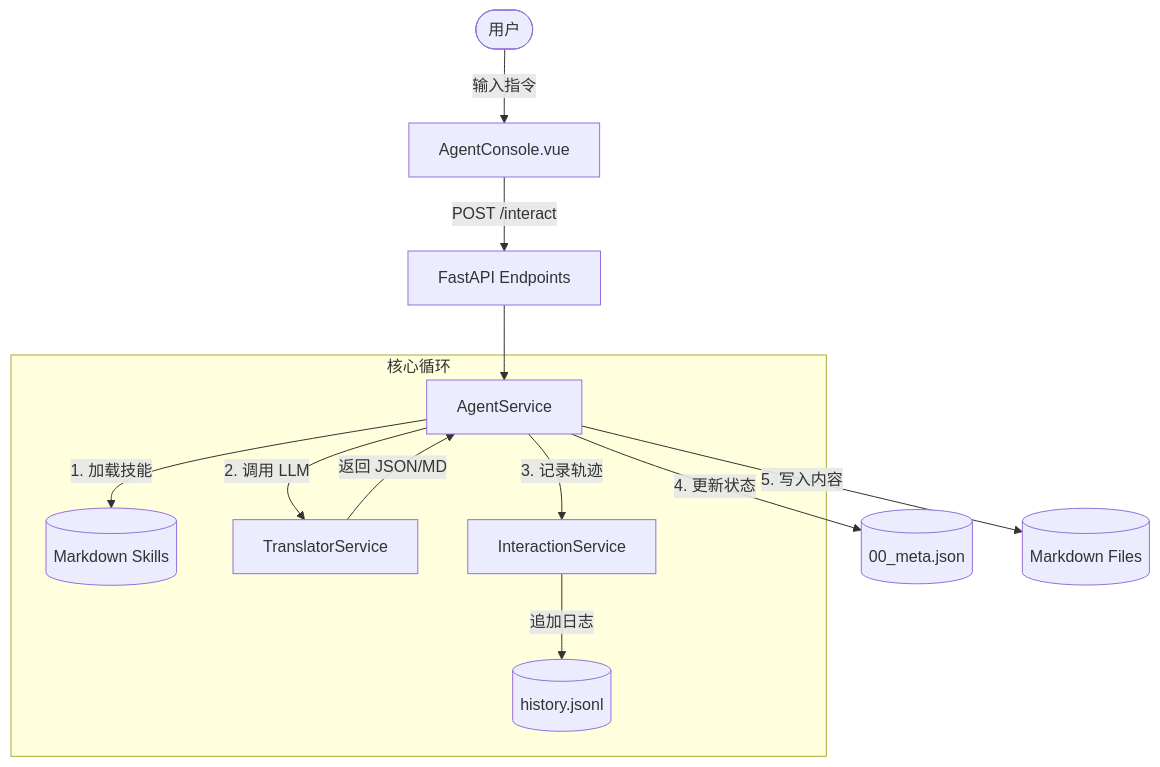
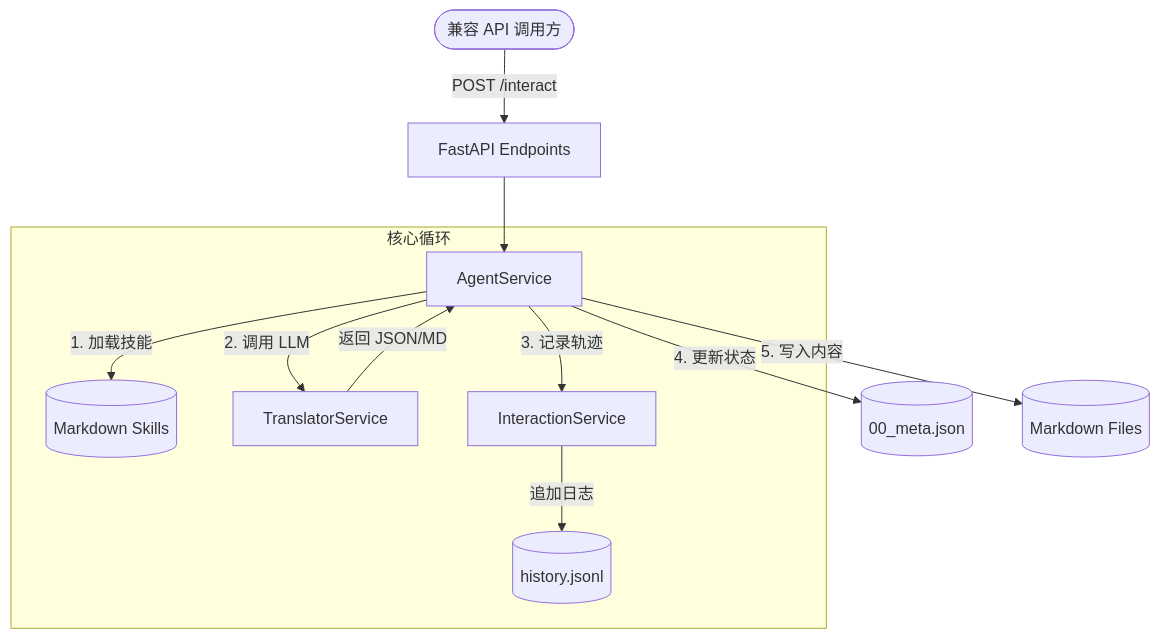
Before and after one commit to helllloxyz/math-book-translator: the diagram in docs/DEEPTREE_AUTHOR_LOGIC.md, drawn with Mermaid. The commit also changed other lines of this file and 12 other files, not shown here.

````diff
--- a/docs/DEEPTREE_AUTHOR_LOGIC.md
+++ b/docs/DEEPTREE_AUTHOR_LOGIC.md
@@ -49,17 +51,16 @@
 ```mermaid
 graph TD
-    User([用户]) -->|输入指令| Frontend[AgentConsole.vue]
-    Frontend -->|POST /interact| API[FastAPI Endpoints]
+    Client([兼容 API 调用方]) -->|POST /interact| API[FastAPI Endpoints]
     API --> AgentSvc[AgentService]
     
     subgraph "核心循环"
         AgentSvc -->|1. 加载技能| Skills[(Markdown Skills)]
         AgentSvc -->|2. 调用 LLM| LLM[TranslatorService]
         LLM -->|返回 JSON/MD| AgentSvc
         AgentSvc -->|3. 记录轨迹| IntSvc[InteractionService]
         IntSvc -->|追加日志| History[(history.jsonl)]
     end
     
     AgentSvc -->|4. 更新状态| Meta[(00_meta.json)]
     AgentSvc -->|5. 写入内容| MD[(Markdown Files)]
 ```
````
